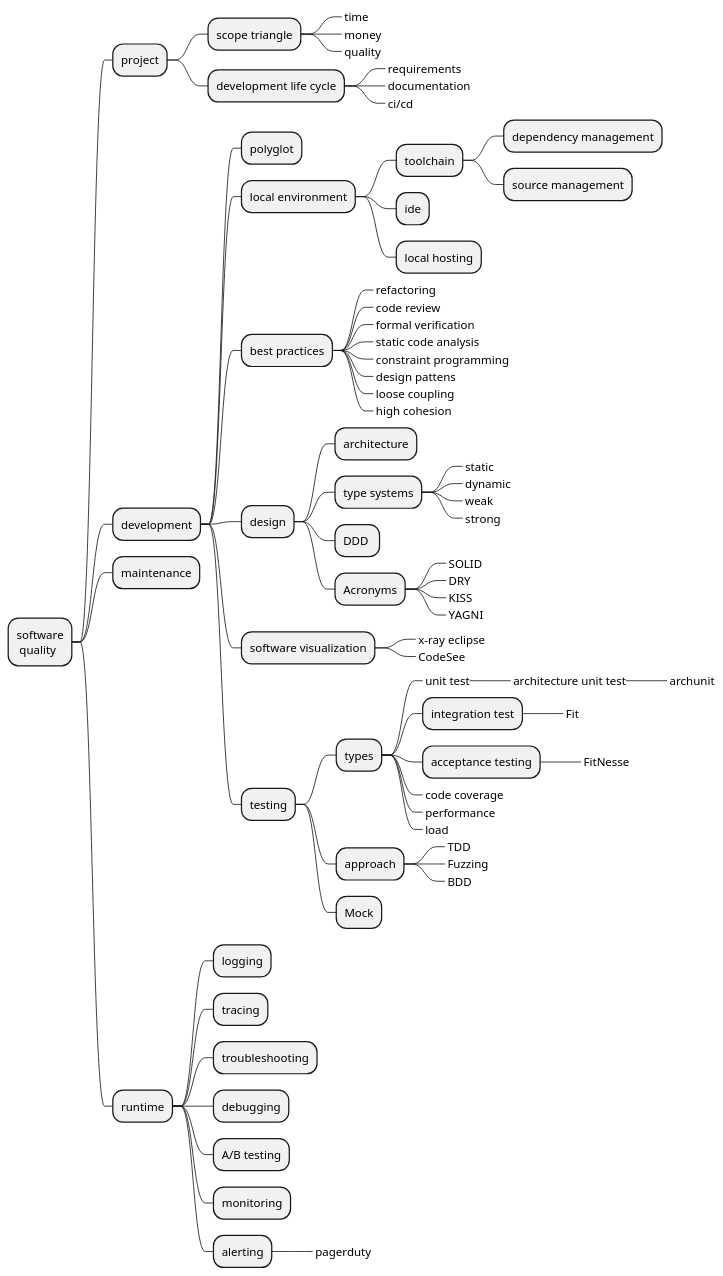
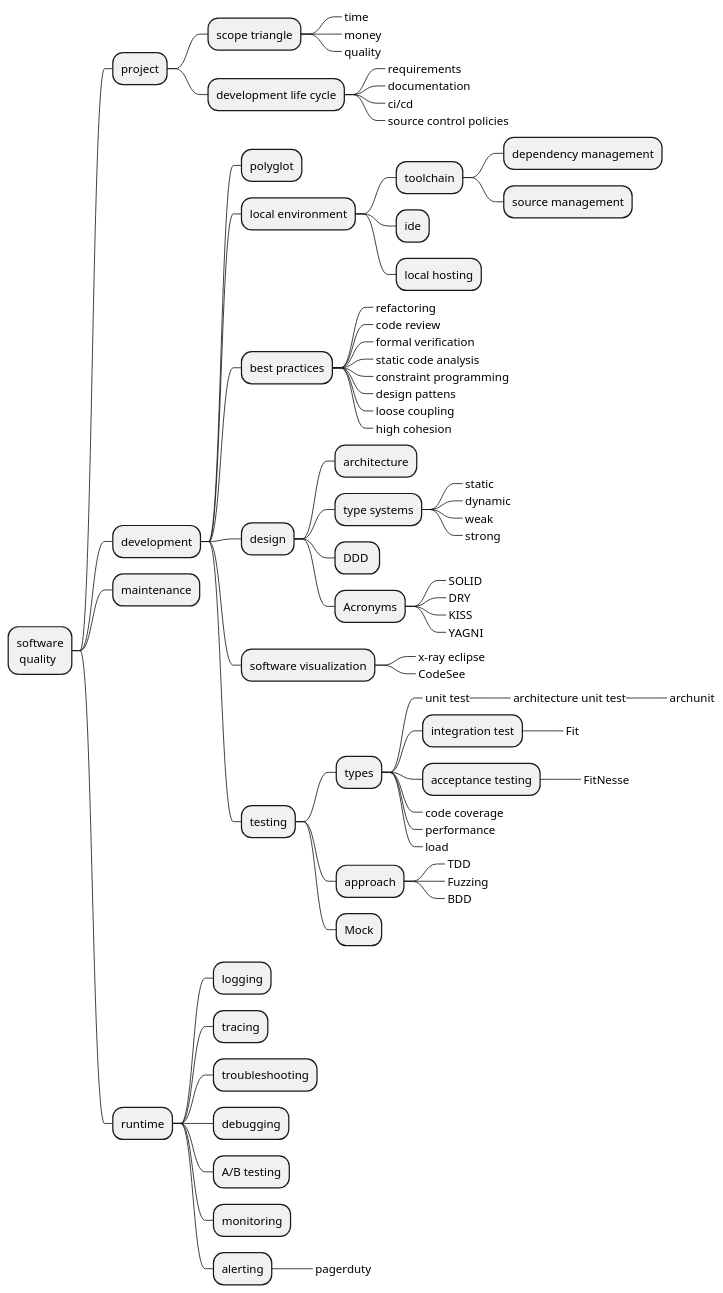
Before and after one commit to levplotkin/code-quality-roadmap: the diagram in software-quality-roadmap.iuml, drawn with PlantUML.

```diff
--- a/software-quality-roadmap.iuml
+++ b/software-quality-roadmap.iuml
@@ -1,72 +1,73 @@
 @startmindmap
 * software\n quality
  * project
   * scope triangle
    *_ time
    *_ money
    *_ quality
   * development life cycle
    *_ requirements
    *_ documentation
    *_ ci/cd
+   *_ source control policies
  * development
   * polyglot
   * local environment
    * toolchain
     * dependency management
     * source management
    * ide
    * local hosting
   * best practices
    *_ refactoring
    *_ code review
    *_ formal verification
    *_ static code analysis
    *_ constraint programming
    *_ design pattens
    *_ loose coupling
    *_ high cohesion
   * design
    * architecture
    * type systems
     *_ static
     *_ dynamic
     *_ weak
     *_ strong
    * DDD 
    * Acronyms
     *_ SOLID
     *_ DRY
     *_ KISS
     *_ YAGNI
   * software visualization
    *_ x-ray eclipse
    *_ CodeSee
   * testing
    * types
     *_ unit test
      *_ architecture unit test
       *_ archunit
     * integration test
      *_ Fit
     * acceptance testing
      *_ FitNesse
     *_ code coverage
     *_ performance
     *_ load
    * approach
     *_ TDD
     *_ Fuzzing
     *_ BDD
    * Mock
  * maintenance
  * runtime
   * logging
   * tracing
   * troubleshooting
   * debugging
   * A/B testing
   * monitoring
   * alerting
    *_ pagerduty
 @endmindmap
```
